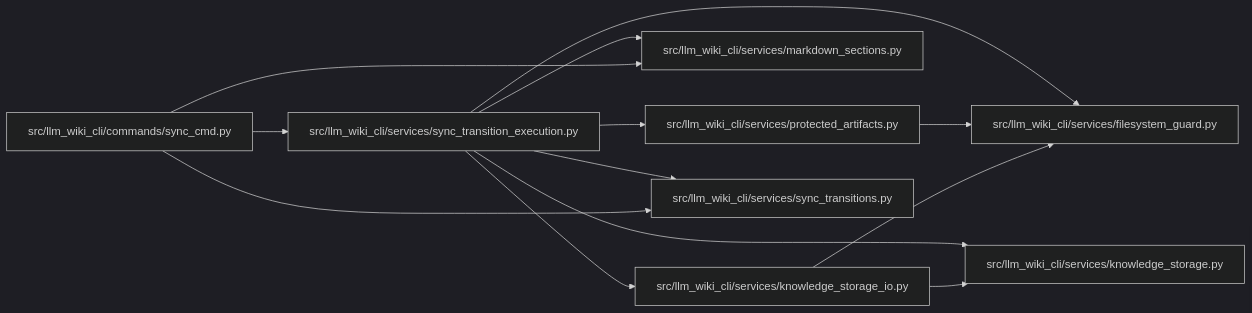
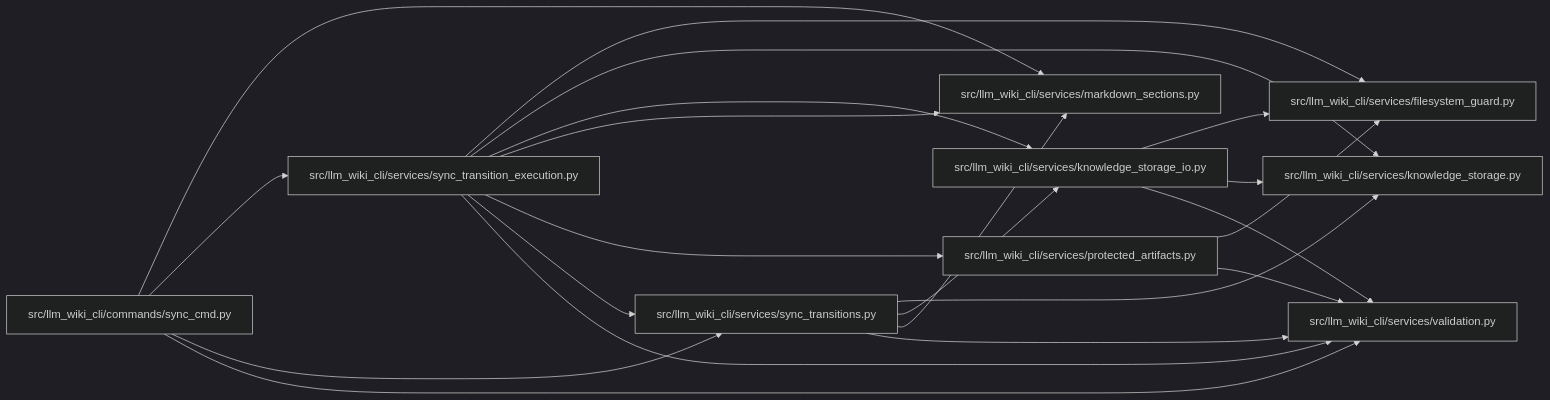
One commit to Denissvgn/python-wiki-llm changed the diagram in docs/llm_wiki/modules/sync_transition_execution.md. Above: the diagram before and after it, drawn with Mermaid (dark theme). The commit also changed other lines of this file and 265 other files, not shown here.

````diff
--- a/docs/llm_wiki/modules/sync_transition_execution.md
+++ b/docs/llm_wiki/modules/sync_transition_execution.md
@@ -30,31 +31,41 @@
 ```mermaid
 flowchart LR
     n0["src/llm_wiki_cli/commands/sync_cmd.py"]
     n1["src/llm_wiki_cli/services/filesystem_guard.py"]
     n2["src/llm_wiki_cli/services/knowledge_storage.py"]
     n3["src/llm_wiki_cli/services/knowledge_storage_io.py"]
     n4["src/llm_wiki_cli/services/markdown_sections.py"]
     n5["src/llm_wiki_cli/services/protected_artifacts.py"]
     n6["src/llm_wiki_cli/services/sync_transition_execution.py"]
     n7["src/llm_wiki_cli/services/sync_transitions.py"]
+    n8["src/llm_wiki_cli/services/validation.py"]
     n0 --> n4
     n0 --> n6
     n0 --> n7
+    n0 --> n8
     n3 --> n1
     n3 --> n2
+    n3 --> n8
     n5 --> n1
+    n5 --> n8
     n6 --> n1
     n6 --> n2
     n6 --> n3
     n6 --> n4
     n6 --> n5
     n6 --> n7
+    n6 --> n8
+    n7 --> n2
+    n7 --> n3
+    n7 --> n4
+    n7 --> n8
     click n0 "../modules/sync_cmd.md"
     click n1 "../modules/filesystem_guard.md"
     click n2 "../modules/knowledge_storage.md"
     click n3 "../modules/knowledge_storage_io.md"
     click n4 "../modules/markdown_sections.md"
     click n5 "../modules/protected_artifacts.md"
     click n6 "../modules/sync_transition_execution.md"
     click n7 "../modules/sync_transitions.md"
+    click n8 "../modules/validation.md"
 ```
````
